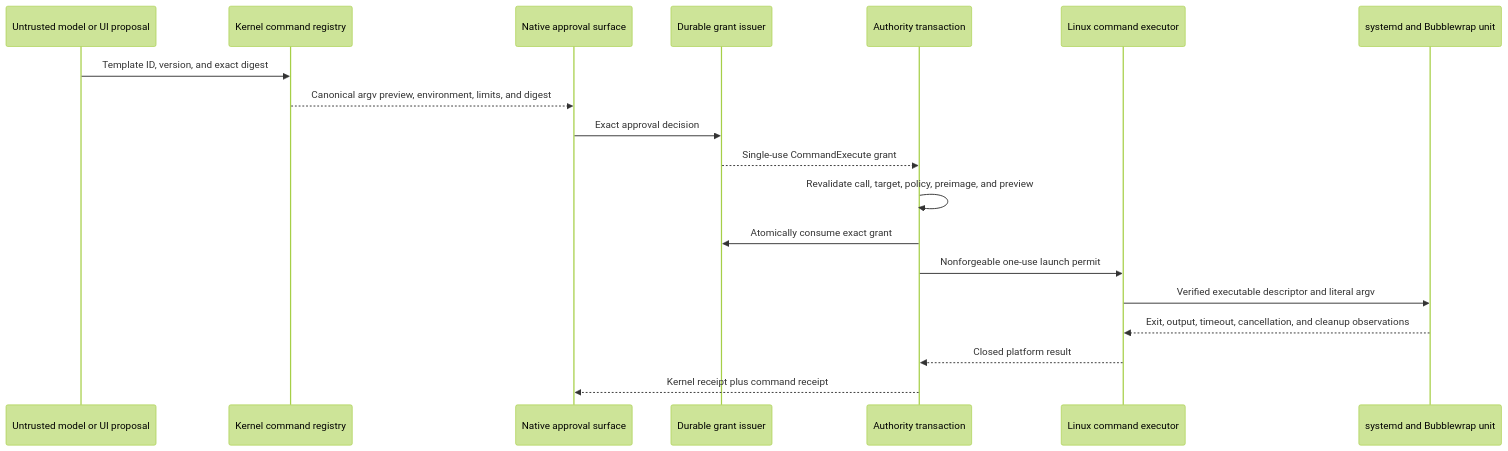
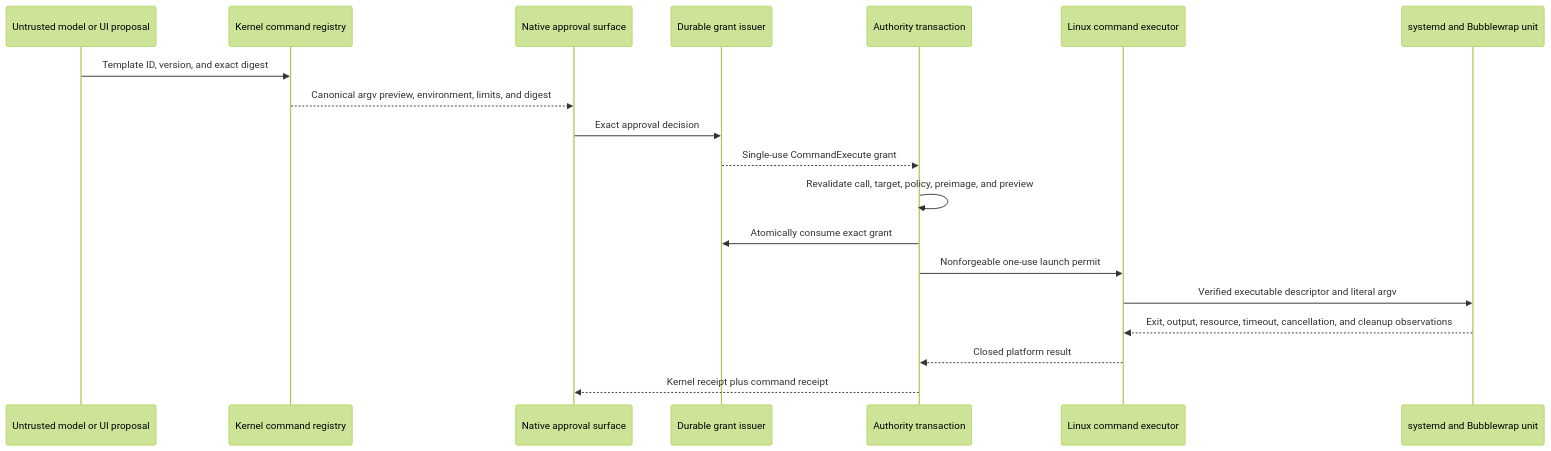
One commit to AaronNHorvitz/AgentMage changed the diagram in docs/architecture/bounded-command-runner.md. Above: the diagram before and after it, drawn with Mermaid (forest theme). The commit also changed other lines of this file and 15 other files, not shown here.

Commit message:
feat(command): retain Linux resource accounting

````diff
--- a/docs/architecture/bounded-command-runner.md
+++ b/docs/architecture/bounded-command-runner.md
@@ -16,22 +16,22 @@
 ```mermaid
 sequenceDiagram
     participant Model as Untrusted model or UI proposal
     participant Registry as Kernel command registry
     participant User as Native approval surface
     participant Grants as Durable grant issuer
     participant Tx as Authority transaction
     participant Linux as Linux command executor
     participant Unit as systemd and Bubblewrap unit
 
     Model->>Registry: Template ID, version, and exact digest
     Registry-->>User: Canonical argv preview, environment, limits, and digest
     User->>Grants: Exact approval decision
     Grants-->>Tx: Single-use CommandExecute grant
     Tx->>Tx: Revalidate call, target, policy, preimage, and preview
     Tx->>Grants: Atomically consume exact grant
     Tx->>Linux: Nonforgeable one-use launch permit
     Linux->>Unit: Verified executable descriptor and literal argv
-    Unit-->>Linux: Exit, output, timeout, cancellation, and cleanup observations
+    Unit-->>Linux: Exit, output, resource, timeout, cancellation, and cleanup observations
     Linux-->>Tx: Closed platform result
     Tx-->>User: Kernel receipt plus command receipt
 ```
````
